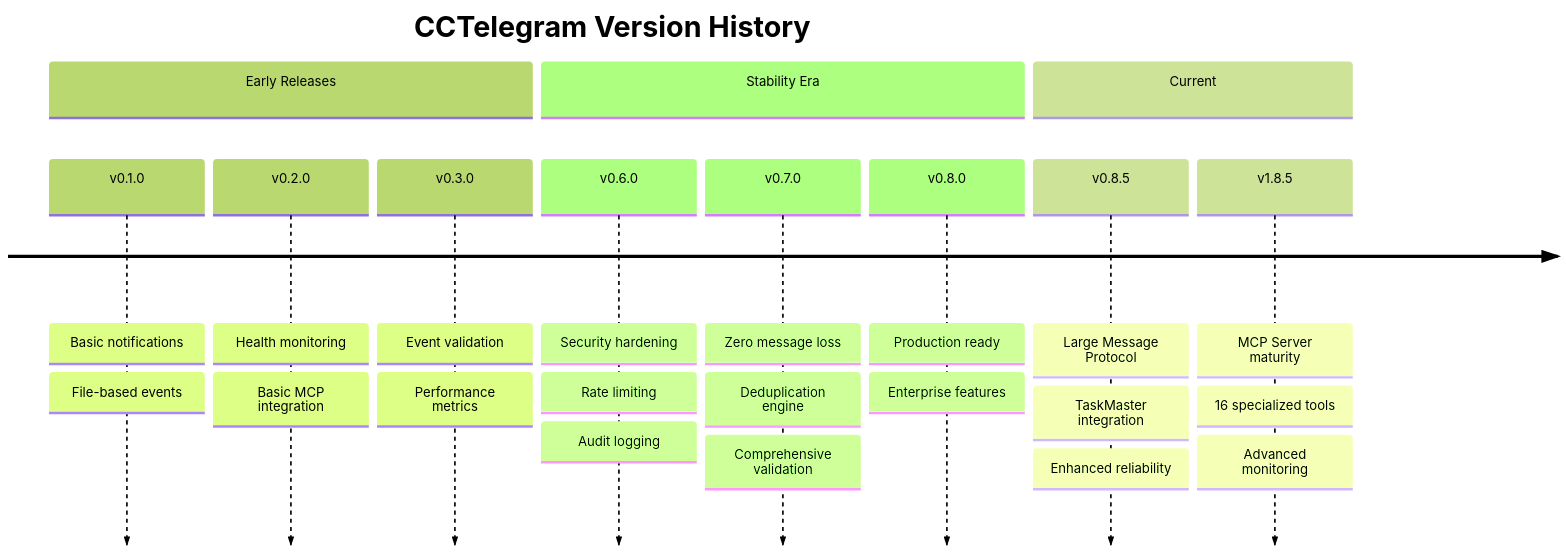
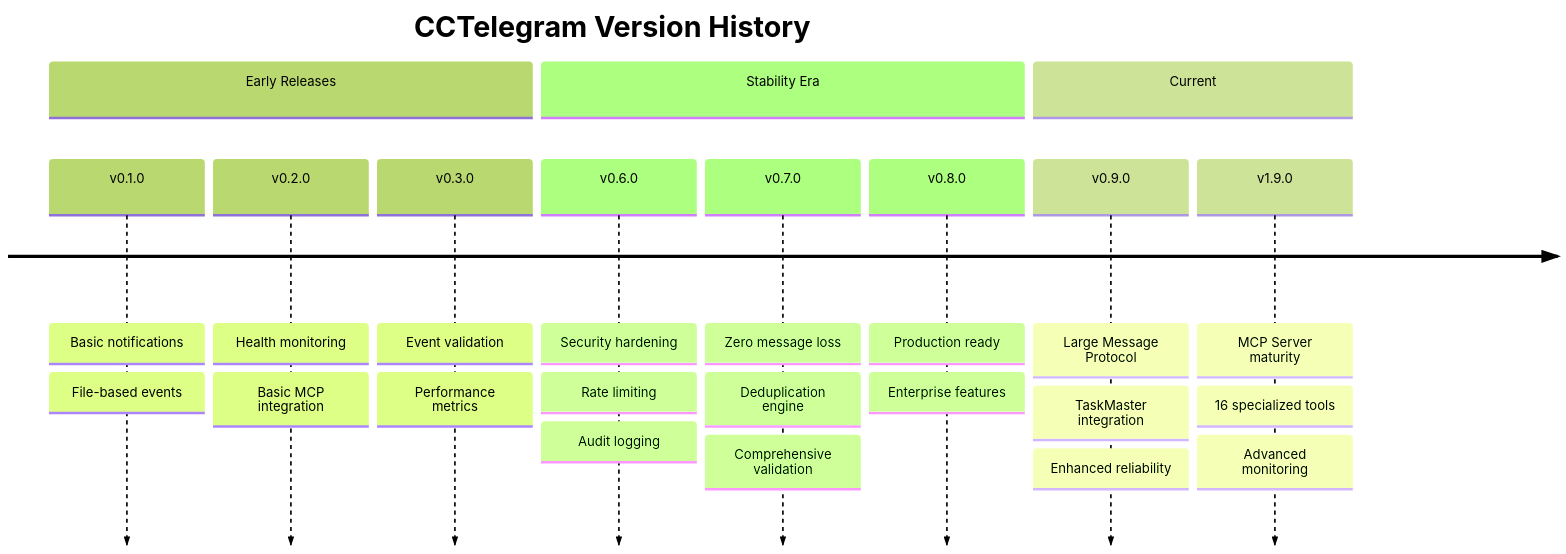
One commit to co8/cctelegram changed the diagram in docs/reference/migration-guides.md. Above: the diagram before and after it, drawn with Mermaid (forest theme). The commit also changed other lines of this file and 41 other files, not shown here.

````diff
--- a/docs/reference/migration-guides.md
+++ b/docs/reference/migration-guides.md
@@ -12,30 +12,30 @@
 ```mermaid
 timeline
     title CCTelegram Version History
     
     section Early Releases
         v0.1.0 : Basic notifications
                : File-based events
         v0.2.0 : Health monitoring
                : Basic MCP integration
         v0.3.0 : Event validation
                : Performance metrics
     
     section Stability Era
         v0.6.0 : Security hardening
                : Rate limiting
                : Audit logging
         v0.7.0 : Zero message loss
                : Deduplication engine
                : Comprehensive validation
         v0.8.0 : Production ready
                : Enterprise features
     
     section Current
-        v0.8.5 : Large Message Protocol
+        v0.9.0 : Large Message Protocol
                : TaskMaster integration
                : Enhanced reliability
-        v1.8.5 : MCP Server maturity
+        v1.9.0 : MCP Server maturity
                : 16 specialized tools
                : Advanced monitoring
 ```
````
